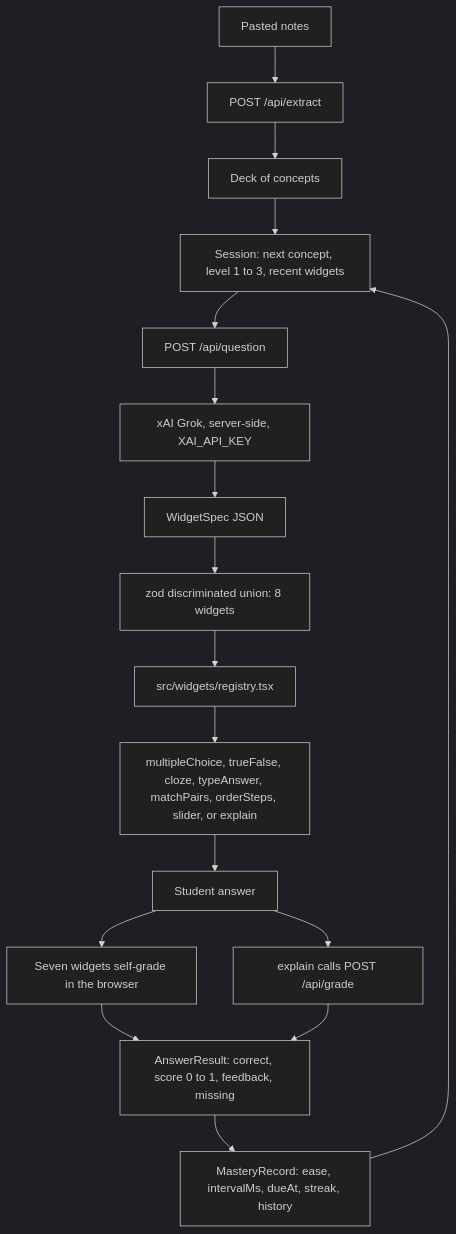
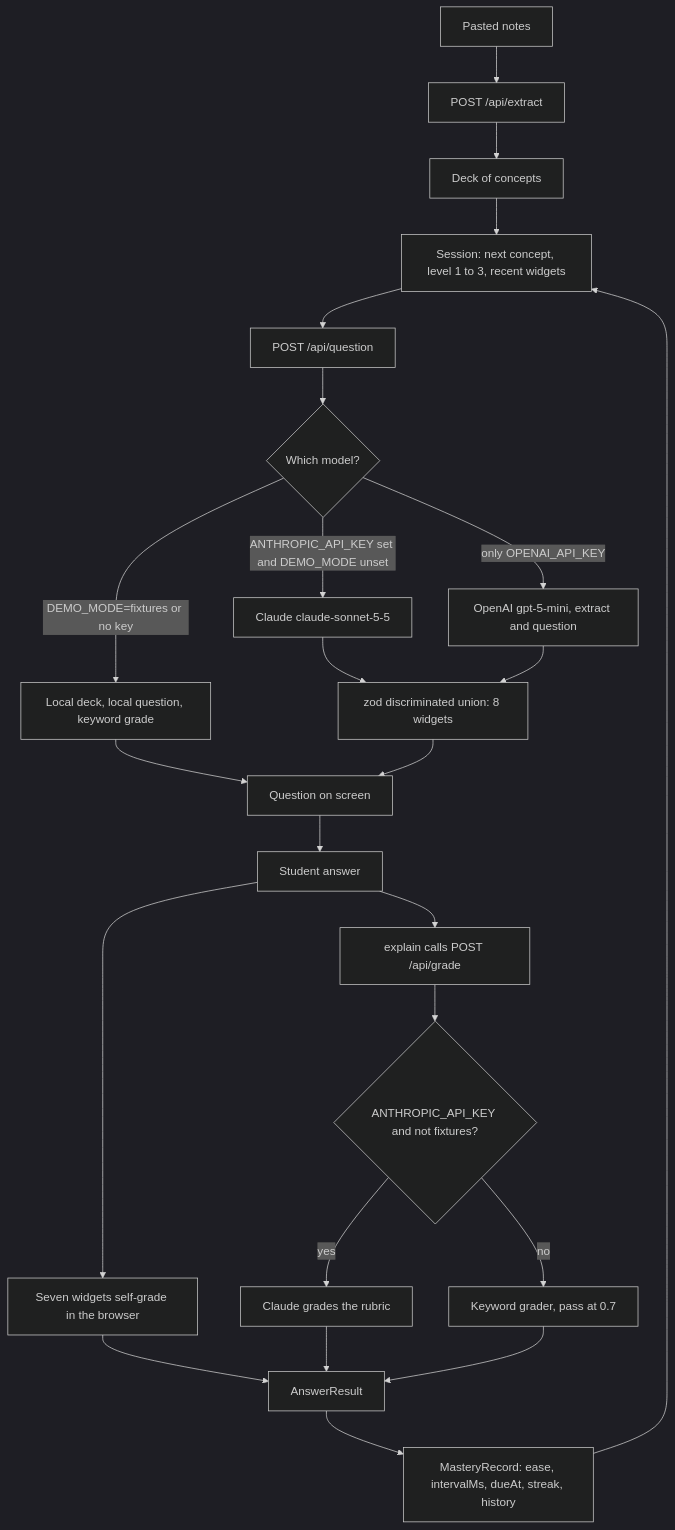
Before and after one commit to bmealey2005/Grokbot-Hackathon: the diagram in README.md, drawn with Mermaid (dark theme). The commit also changed other lines of this file and 1 other file, not shown here.

First line of the commit message:
Document Claude as the model on main.

````diff
--- a/README.md
+++ b/README.md
@@ -86,19 +87,26 @@
 ```mermaid
 flowchart TD
   paste["Pasted notes"] --> extract["POST /api/extract"]
   extract --> deck["Deck of concepts"]
   deck --> session["Session: next concept, level 1 to 3, recent widgets"]
   session --> question["POST /api/question"]
-  question --> grok["xAI Grok, server-side, XAI_API_KEY"]
-  grok --> json["WidgetSpec JSON"]
-  json --> zod["zod discriminated union: 8 widgets"]
-  zod --> registry["src/widgets/registry.tsx"]
-  registry --> ui["multipleChoice, trueFalse, cloze, typeAnswer, matchPairs, orderSteps, slider, or explain"]
+  question --> mode{"Which model?"}
+  mode -->|ANTHROPIC_API_KEY set and DEMO_MODE unset| claude["Claude claude-sonnet-5-5"]
+  mode -->|only OPENAI_API_KEY| openai["OpenAI gpt-5-mini, extract and question"]
+  mode -->|DEMO_MODE=fixtures or no key| local["Local deck, local question, keyword grade"]
+  claude --> zod["zod discriminated union: 8 widgets"]
+  openai --> zod
+  local --> ui["Question on screen"]
+  zod --> ui
   ui --> answer["Student answer"]
   answer --> selfGrade["Seven widgets self-grade in the browser"]
   answer --> apiGrade["explain calls POST /api/grade"]
-  selfGrade --> result["AnswerResult: correct, score 0 to 1, feedback, missing"]
-  apiGrade --> result
+  apiGrade --> gradeMode{"ANTHROPIC_API_KEY and not fixtures?"}
+  gradeMode -->|yes| claudeGrade["Claude grades the rubric"]
+  gradeMode -->|no| keyword["Keyword grader, pass at 0.7"]
+  selfGrade --> result["AnswerResult"]
+  claudeGrade --> result
+  keyword --> result
   result --> mastery["MasteryRecord: ease, intervalMs, dueAt, streak, history"]
   mastery --> session
 ```
````
